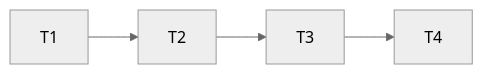
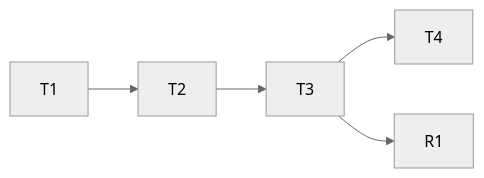
The diagram in .specs/features/merge-alone-slices/tasks.md (antoniofulg/my-workflow), drawn with Mermaid (neutral theme) before and after one commit. The commit also changed 3 other files, not shown here.

````diff
--- a/.specs/features/merge-alone-slices/tasks.md
+++ b/.specs/features/merge-alone-slices/tasks.md
@@ -181,6 +181,7 @@
 ```mermaid
 graph LR
     T1 --> T2
     T2 --> T3
     T3 --> T4
+    T3 --> R1
 ```
````
